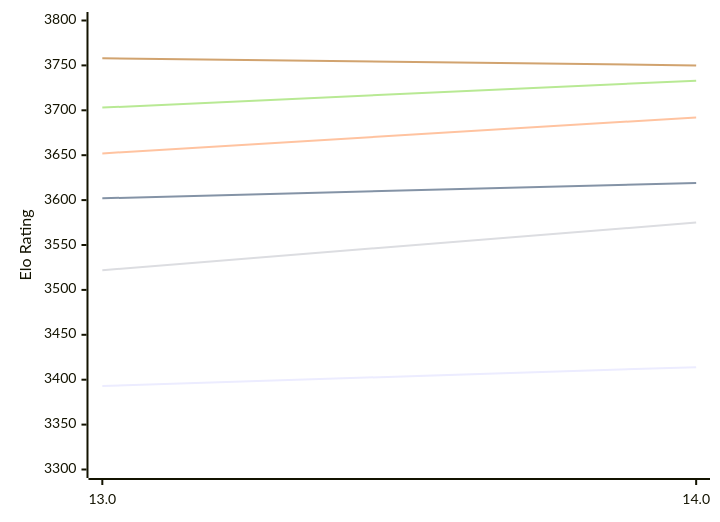
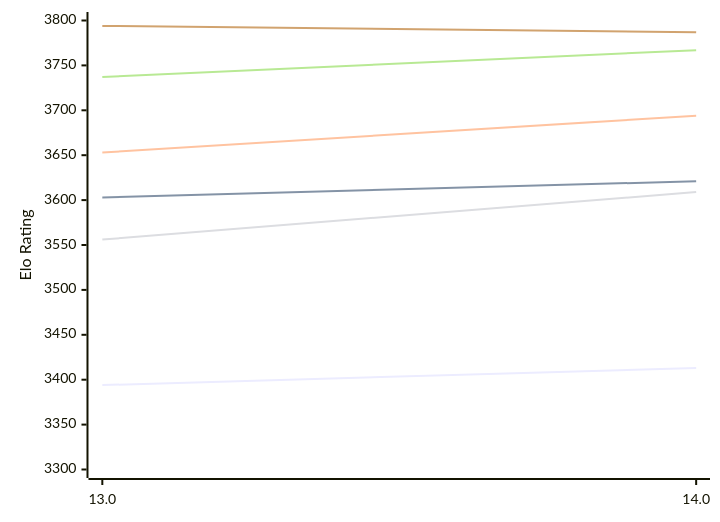
One commit to computer-chess-index/cci changed the first of 2 diagrams in engines/Tcheran.md. Above: the diagram before and after it, drawn with Mermaid. The commit also changed other lines of this file, not shown here.

Commit message:
Update CCI Ratings (ELO VLTC) - 2026-11-05

````diff
--- a/engines/Tcheran.md
+++ b/engines/Tcheran.md
@@ -55,12 +55,12 @@
 ```mermaid
 %%{init: {"theme":"base","themeVariables":{"seriesColors:['#a3a3a3','#222221','#faa371']}}}%%
 xychart-beta
   x-axis ["13.0", "14.0"]
   y-axis "Elo Rating" 3300 --> 3800
-  line "E1: STC (8.0+0.08s)" [3393, 3414]
-  line "E1: LTC (60.0+0.60s)" [3602, 3619]
-  line "E1: VLTC (2m24s+1.12s)" [3652, 3692]
-  line "P1: STC (8.0+0.08s)" [3522, 3575]
-  line "P1: LTC (60.0+0.60s)" [3703, 3733]
-  line "P1: VLTC (2m24s+1.12s)" [3758, 3750]
+  line "E1: STC (8.0+0.08s)" [3394, 3413]
+  line "E1: LTC (60.0+0.60s)" [3603, 3621]
+  line "E1: VLTC (2m24s+1.12s)" [3653, 3694]
+  line "P1: STC (8.0+0.08s)" [3556, 3609]
+  line "P1: LTC (60.0+0.60s)" [3737, 3767]
+  line "P1: VLTC (2m24s+1.12s)" [3794, 3787]
 ```
````
